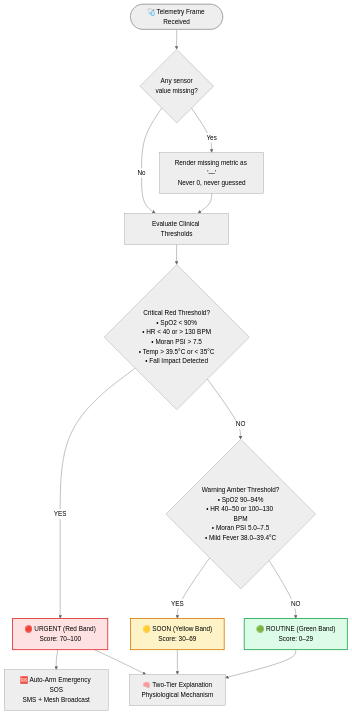
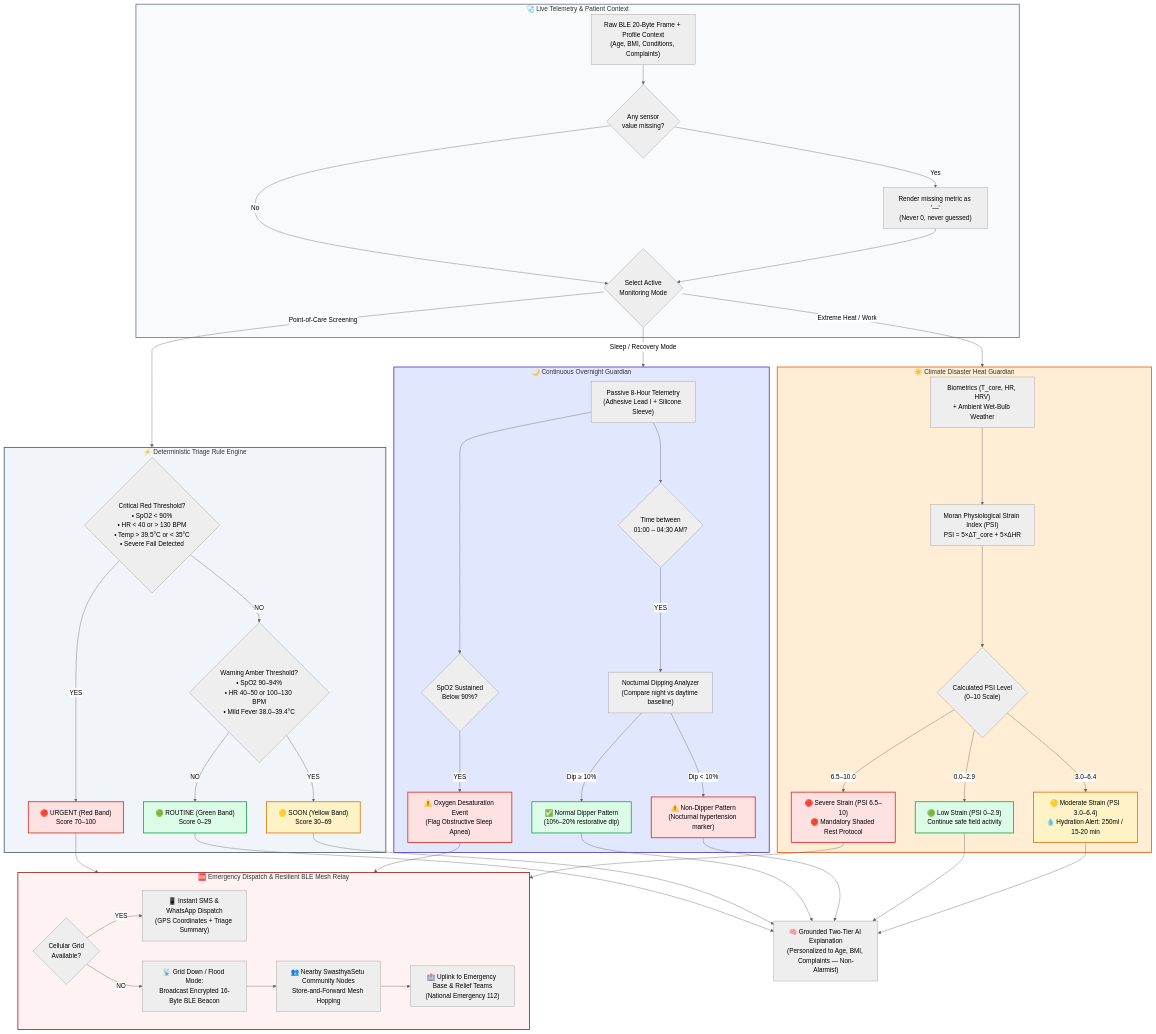
One commit to krishnendukoley2007-arch/swasthyasetu-ai changed the second of 2 diagrams in README.md. Above: the diagram before and after it, drawn with Mermaid (neutral theme). The commit also changed other lines of this file, not shown here.

Commit message:
docs: combine triage, overnight, heat guardian, and disaster mesh into unified Flow

````diff
--- a/README.md
+++ b/README.md
@@ -297,25 +299,105 @@
 ```mermaid
 flowchart TD
-    START(["🩺 Telemetry Frame Received"]) --> VALIDATE{"Any sensor<br/>value missing?"}
-    
-    VALIDATE -->|"Yes"| EM_DASH["Render missing metric as '—'<br/>Never 0, never guessed"]
-    VALIDATE -->|"No"| EVAL["Evaluate Clinical Thresholds"]
-    EM_DASH --> EVAL
+    %% INGESTION & DATA VALIDATION
+    subgraph INGEST["🩺 Live Telemetry & Patient Context"]
+        IN_DATA["Raw BLE 20-Byte Frame + Profile Context<br/>(Age, BMI, Conditions, Complaints)"]
+        IN_CHECK{"Any sensor<br/>value missing?"}
+        IN_DASH["Render missing metric as '—'<br/>(Never 0, never guessed)"]
+        IN_DATA --> IN_CHECK
+        IN_CHECK -->|"Yes"| IN_DASH
+        IN_CHECK -->|"No"| ROUTER{"Select Active<br/>Monitoring Mode"}
+        IN_DASH --> ROUTER
+    end
 
-    EVAL --> RED_CHECK{"Critical Red Threshold?<br/>• SpO2 < 90%<br/>• HR < 40 or > 130 BPM<br/>• Moran PSI > 7.5<br/>• Temp > 39.5°C or < 35°C<br/>• Fall Impact Detected"}
-    
-    RED_CHECK -->|"YES"| URGENT["🔴 URGENT (Red Band)<br/>Score: 70–100"]
-    RED_CHECK -->|"NO"| AMBER_CHECK{"Warning Amber Threshold?<br/>• SpO2 90–94%<br/>• HR 40–50 or 100–130 BPM<br/>• Moran PSI 5.0–7.5<br/>• Mild Fever 38.0–39.4°C"}
-    
-    AMBER_CHECK -->|"YES"| SOON["🟡 SOON (Yellow Band)<br/>Score: 30–69"]
-    AMBER_CHECK -->|"NO"| ROUTINE["🟢 ROUTINE (Green Band)<br/>Score: 0–29"]
+    %% BRANCHING TO SUBSYSTEM ENGINES
+    ROUTER -->|"Point-of-Care Screening"| TRIAGE_SUB
+    ROUTER -->|"Sleep / Recovery Mode"| SLEEP_SUB
+    ROUTER -->|"Extreme Heat / Work"| HEAT_SUB
 
-    URGENT --> DISPATCH["🆘 Auto-Arm Emergency SOS<br/>SMS + Mesh Broadcast"]
-    URGENT --> EXPLAIN["🧠 Two-Tier Explanation<br/>Physiological Mechanism"]
-    SOON --> EXPLAIN
-    ROUTINE --> EXPLAIN
+    %% 1. DETERMINISTIC TRIAGE ENGINE
+    subgraph TRIAGE_SUB["⚡ Deterministic Triage Rule Engine"]
+        CRIT_CHECK{"Critical Red Threshold?<br/>• SpO2 < 90%<br/>• HR < 40 or > 130 BPM<br/>• Temp > 39.5°C or < 35°C<br/>• Severe Fall Detected"}
+        AMB_CHECK{"Warning Amber Threshold?<br/>• SpO2 90–94%<br/>• HR 40–50 or 100–130 BPM<br/>• Mild Fever 38.0–39.4°C"}
+        
+        CRIT_CHECK -->|"YES"| BAND_RED["🔴 URGENT (Red Band)<br/>Score 70–100"]
+        CRIT_CHECK -->|"NO"| AMB_CHECK
+        AMB_CHECK -->|"YES"| BAND_YELLOW["🟡 SOON (Yellow Band)<br/>Score 30–69"]
+        AMB_CHECK -->|"NO"| BAND_GREEN["🟢 ROUTINE (Green Band)<br/>Score 0–29"]
+    end
 
-    style URGENT fill:#fee2e2,stroke:#dc2626,stroke-width:2px
-    style SOON fill:#fef3c7,stroke:#d97706,stroke-width:2px
-    style ROUTINE fill:#dcfce7,stroke:#16a34a,stroke-width:2px
+    %% 2. OVERNIGHT GUARDIAN ENGINE
+    subgraph SLEEP_SUB["🌙 Continuous Overnight Guardian"]
+        SLEEP_STREAM["Passive 8-Hour Telemetry<br/>(Adhesive Lead I + Silicone Sleeve)"]
+        DIP_WINDOW{"Time between<br/>01:00 – 04:30 AM?"}
+        DIP_CALC["Nocturnal Dipping Analyzer<br/>(Compare night vs daytime baseline)"]
+        DIP_NORM["✅ Normal Dipper Pattern<br/>(10%–20% restorative dip)"]
+        DIP_ALERT["⚠️ Non-Dipper Pattern<br/>(Nocturnal hypertension marker)"]
+        SPO2_CHECK{"SpO2 Sustained<br/>Below 90%?"}
+        ODI_ALERT["⚠️ Oxygen Desaturation Event<br/>(Flag Obstructive Sleep Apnea)"]
+
+        SLEEP_STREAM --> DIP_WINDOW
+        DIP_WINDOW -->|"YES"| DIP_CALC
+        DIP_CALC -->|"Dip ≥ 10%"| DIP_NORM
+        DIP_CALC -->|"Dip < 10%"| DIP_ALERT
+        SLEEP_STREAM --> SPO2_CHECK
+        SPO2_CHECK -->|"YES"| ODI_ALERT
+    end
+
+    %% 3. HEAT GUARDIAN ENGINE
+    subgraph HEAT_SUB["☀️ Climate Disaster Heat Guardian"]
+        HEAT_INPUT["Biometrics (T_core, HR, HRV)<br/>+ Ambient Wet-Bulb Weather"]
+        PSI_CALC["Moran Physiological Strain Index (PSI)<br/>PSI = 5×ΔT_core + 5×ΔHR"]
+        PSI_DECIDE{"Calculated PSI Level<br/>(0–10 Scale)"}
+        PSI_SAFE["🟢 Low Strain (PSI 0–2.9)<br/>Continue safe field activity"]
+        PSI_WARN["🟡 Moderate Strain (PSI 3.0–6.4)<br/>💧 Hydration Alert: 250ml / 15-20 min"]
+        PSI_DANGER["🔴 Severe Strain (PSI 6.5–10)<br/>🛑 Mandatory Shaded Rest Protocol"]
+
+        HEAT_INPUT --> PSI_CALC
+        PSI_CALC --> PSI_DECIDE
+        PSI_DECIDE -->|"0.0–2.9"| PSI_SAFE
+        PSI_DECIDE -->|"3.0–6.4"| PSI_WARN
+        PSI_DECIDE -->|"6.5–10.0"| PSI_DANGER
+    end
+
+    %% REASSURING EXPLANATION (NON-CRITICAL)
+    BAND_GREEN --> EXPLAIN["🧠 Grounded Two-Tier AI Explanation<br/>(Personalized to Age, BMI, Complaints — Non-Alarmist)"]
+    BAND_YELLOW --> EXPLAIN
+    DIP_NORM --> EXPLAIN
+    DIP_ALERT --> EXPLAIN
+    PSI_SAFE --> EXPLAIN
+    PSI_WARN --> EXPLAIN
+
+    %% EMERGENCY ESCALATION & MESH RELAY (CRITICAL PATH)
+    BAND_RED --> ESCALATE_SUB
+    ODI_ALERT --> ESCALATE_SUB
+    PSI_DANGER --> ESCALATE_SUB
+
+    %% 4. DISASTER RELAY & SOS
+    subgraph ESCALATE_SUB["🆘 Emergency Dispatch & Resilient BLE Mesh Relay"]
+        GRID_DETECT{"Cellular Grid<br/>Available?"}
+        SMS_DISPATCH["📱 Instant SMS & WhatsApp Dispatch<br/>(GPS Coordinates + Triage Summary)"]
+        BLE_MESH["📡 Grid Down / Flood Mode:<br/>Broadcast Encrypted 16-Byte BLE Beacon"]
+        P2P_RELAY["👥 Nearby SwasthyaSetu Community Nodes<br/>Store-and-Forward Mesh Hopping"]
+        RELIEF_UPLINK["🏥 Uplink to Emergency Base & Relief Teams<br/>(National Emergency 112)"]
+
+        GRID_DETECT -->|"YES"| SMS_DISPATCH
+        GRID_DETECT -->|"NO"| BLE_MESH
+        BLE_MESH --> P2P_RELAY
+        P2P_RELAY --> RELIEF_UPLINK
+    end
+
+    style INGEST fill:#f8fafc,stroke:#64748b,stroke-width:2px
+    style TRIAGE_SUB fill:#f1f5f9,stroke:#475569,stroke-width:2px
+    style SLEEP_SUB fill:#e0e7ff,stroke:#4338ca,stroke-width:2px
+    style HEAT_SUB fill:#ffedd5,stroke:#ea580c,stroke-width:2px
+    style ESCALATE_SUB fill:#fef2f2,stroke:#991b1b,stroke-width:2px
+    style BAND_RED fill:#fee2e2,stroke:#dc2626,stroke-width:2px
+    style BAND_YELLOW fill:#fef3c7,stroke:#d97706,stroke-width:2px
+    style BAND_GREEN fill:#dcfce7,stroke:#16a34a,stroke-width:2px
+    style PSI_DANGER fill:#fee2e2,stroke:#dc2626,stroke-width:2px
+    style PSI_WARN fill:#fef3c7,stroke:#d97706,stroke-width:2px
+    style PSI_SAFE fill:#dcfce7,stroke:#16a34a,stroke-width:2px
+    style DIP_NORM fill:#dcfce7,stroke:#16a34a,stroke-width:2px
+    style DIP_ALERT fill:#fee2e2,stroke:#dc2626,stroke-width:2px
+    style ODI_ALERT fill:#fee2e2,stroke:#dc2626,stroke-width:2px
 ```
````
